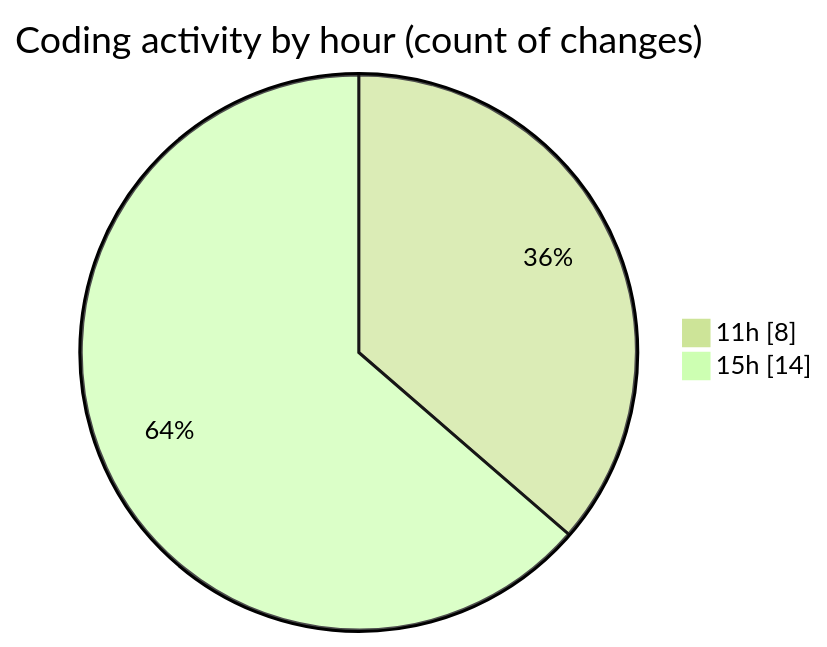
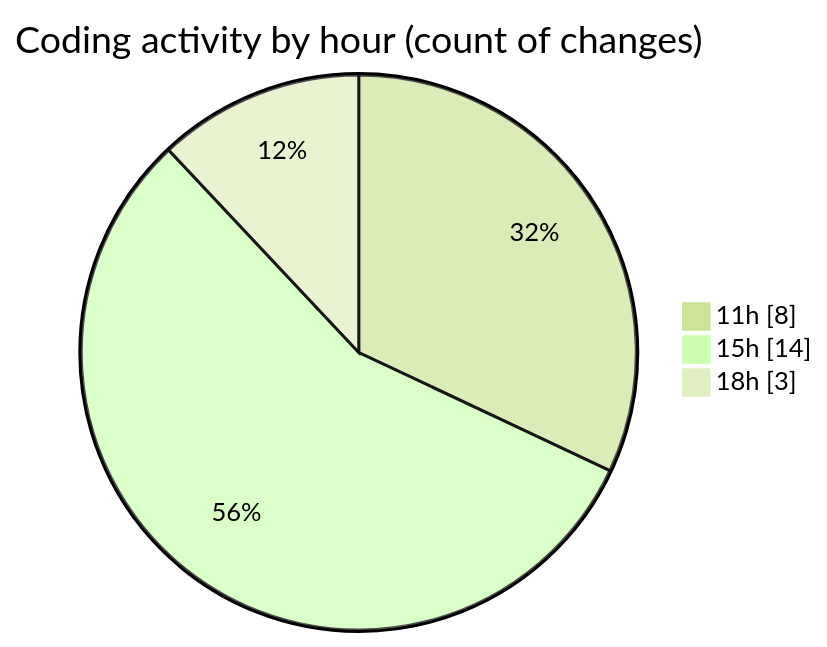
Before and after one commit to nxtqubesakshisongat/code-tracking: the second of 2 diagrams in 2026-05-06/nxtqube_webapp/README.md, drawn with Mermaid (forest theme). The commit also changed other lines of this file and 1 other file, not shown here.

````diff
--- a/2026-05-06/nxtqube_webapp/README.md
+++ b/2026-05-06/nxtqube_webapp/README.md
@@ -31,6 +31,7 @@
 ```mermaid
 pie showData
 title Coding activity by hour (count of changes)
 "11h" : 8
 "15h" : 14
+"18h" : 3
 ```
````
